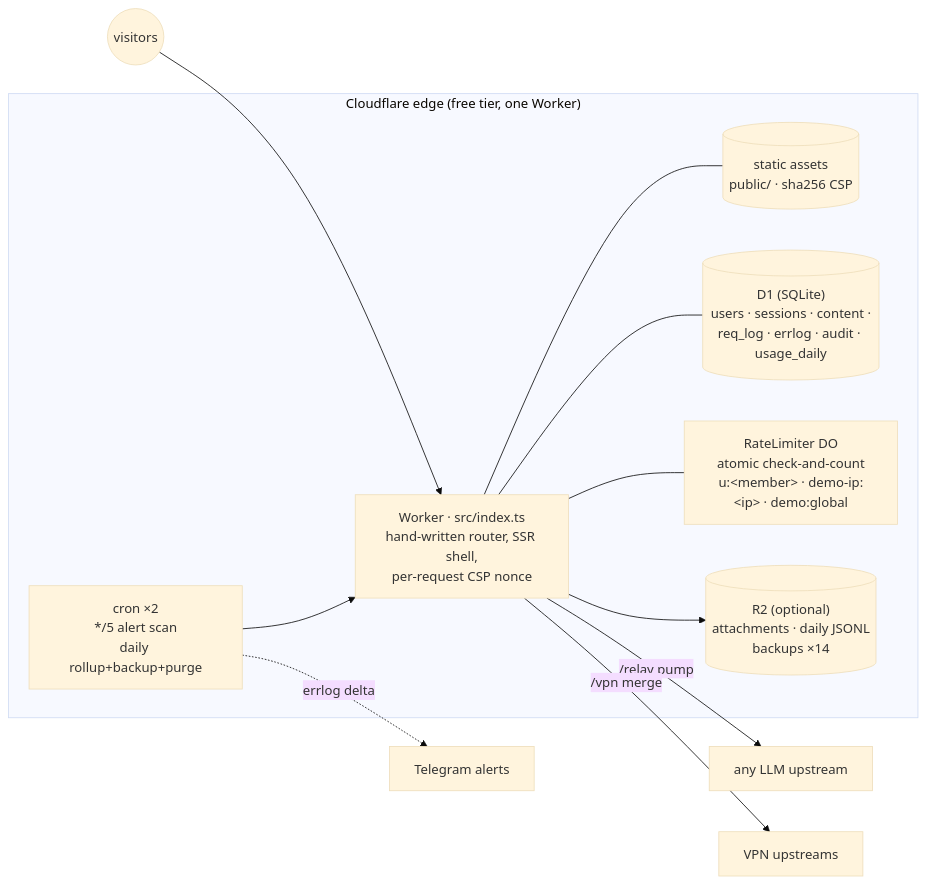
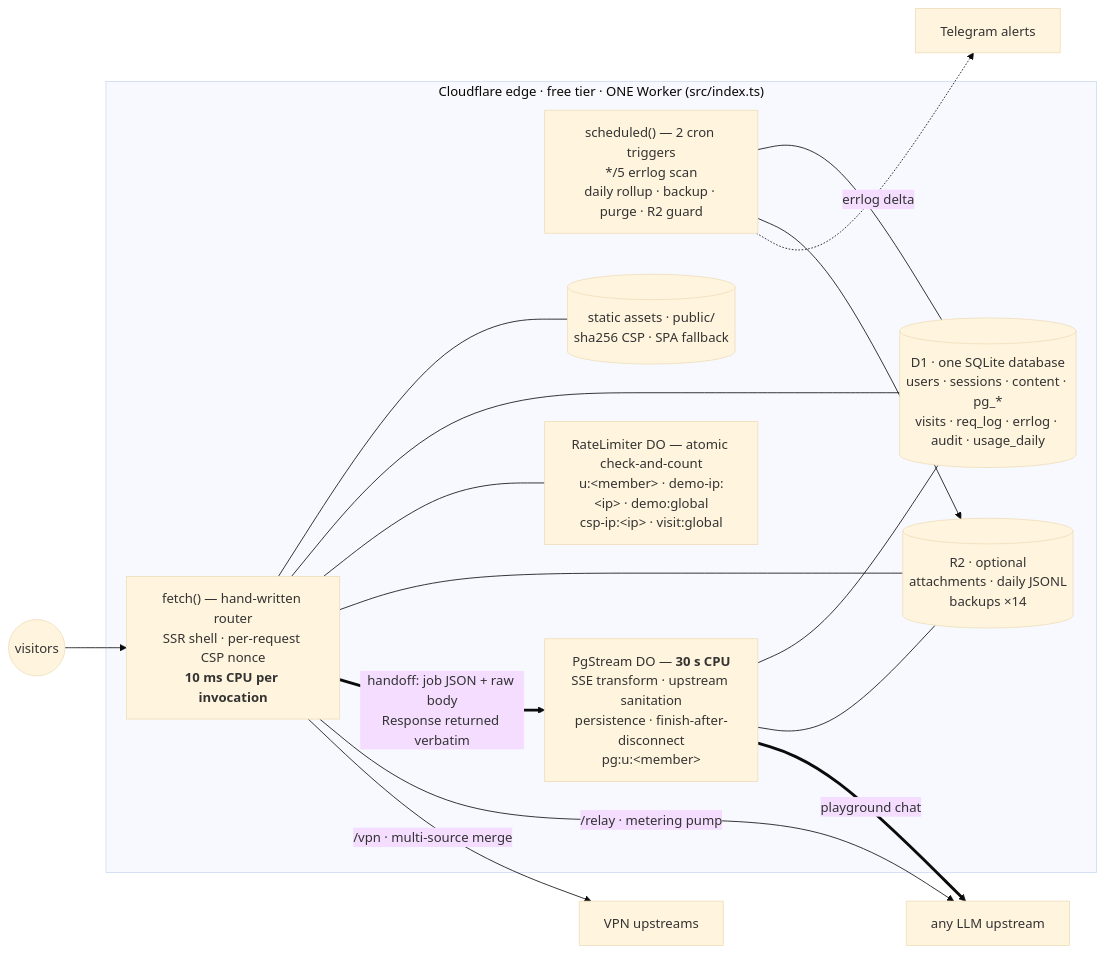
Before and after one commit to Jhongwe1/edge-llm-gateway: the diagram in README.md, drawn with Mermaid (base theme). The commit also changed other lines of this file and 22 other files, not shown here.

````diff
--- a/README.md
+++ b/README.md
@@ -128,20 +128,26 @@
 ```mermaid
 flowchart LR
   V((visitors)) --> W
-  subgraph edge["Cloudflare edge (free tier, one Worker)"]
-    W["Worker · src/index.ts<br/>hand-written router, SSR shell,<br/>per-request CSP nonce"]
-    A[("static assets<br/>public/ · sha256 CSP")]
-    D[("D1 (SQLite)<br/>users · sessions · content ·<br/>req_log · errlog · audit · usage_daily")]
-    DO["RateLimiter DO<br/>atomic check-and-count<br/>u:&lt;member&gt; · demo-ip:&lt;ip&gt; · demo:global"]
-    CRON["cron ×2<br/>*/5 alert scan<br/>daily rollup+backup+purge"]
-    R2[("R2 (optional)<br/>attachments · daily JSONL<br/>backups ×14")]
+  subgraph edge["Cloudflare edge · free tier · ONE Worker (src/index.ts)"]
+    W["fetch() — hand-written router<br/>SSR shell · per-request CSP nonce<br/><b>10 ms CPU per invocation</b>"]
+    CRON["scheduled() — 2 cron triggers<br/>*/5 errlog scan<br/>daily rollup · backup · purge · R2 guard"]
+    A[("static assets · public/<br/>sha256 CSP · SPA fallback")]
+    D[("D1 · one SQLite database<br/>users · sessions · content · pg_*<br/>visits · req_log · errlog · audit · usage_daily")]
+    DO["RateLimiter DO — atomic check-and-count<br/>u:&lt;member&gt; · demo-ip:&lt;ip&gt; · demo:global<br/>csp-ip:&lt;ip&gt; · visit:global"]
+    PG["PgStream DO — <b>30 s CPU</b><br/>SSE transform · upstream sanitation<br/>persistence · finish-after-disconnect<br/>pg:u:&lt;member&gt;"]
+    R2[("R2 · optional<br/>attachments · daily JSONL<br/>backups ×14")]
     W --- A
     W --- D
     W --- DO
-    CRON --> W
-    W --> R2
+    W --- R2
+    W ==>|"handoff: job JSON + raw body<br/>Response returned verbatim"| PG
+    PG --- D
+    PG --- R2
+    CRON --- D
+    CRON --> R2
   end
-  W -->|"/relay pump"| U["any LLM upstream"]
-  W -->|"/vpn merge"| AP["VPN upstreams"]
+  PG ==>|"playground chat"| U["any LLM upstream"]
+  W -->|"/relay · metering pump"| U
+  W -->|"/vpn · multi-source merge"| AP["VPN upstreams"]
   CRON -.->|"errlog delta"| TG["Telegram alerts"]
 ```
````
